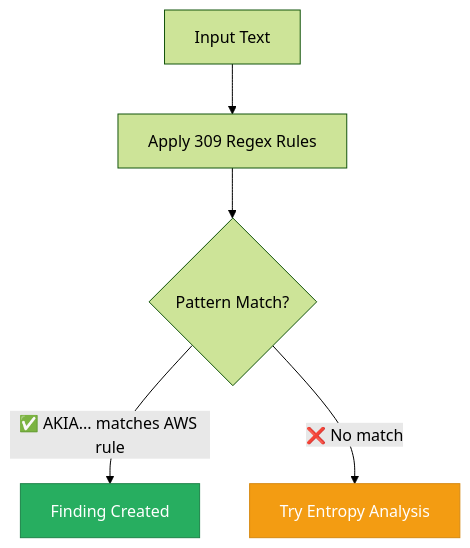
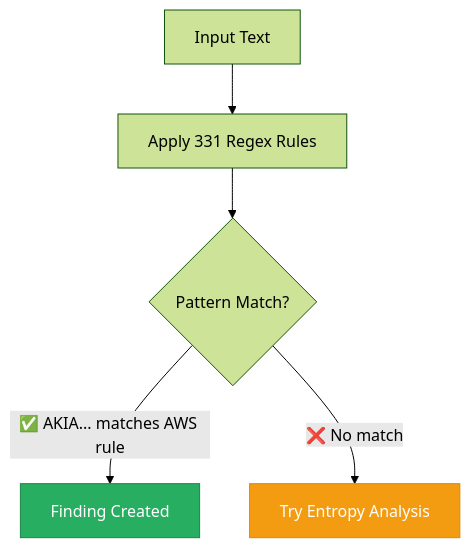
Before and after one commit to svemulapati/CredVigil: the fifth of 37 diagrams in docs/training/01-core-detection-engine.md, drawn with Mermaid (forest theme). The commit also changed other lines of this file and 5 other files, not shown here.

````diff
--- a/docs/training/01-core-detection-engine.md
+++ b/docs/training/01-core-detection-engine.md
@@ -303,9 +303,9 @@
 ```mermaid
 flowchart TD
-    A["Input Text"] --> B["Apply 309 Regex Rules"]
+    A["Input Text"] --> B["Apply 331 Regex Rules"]
     B --> C{"Pattern Match?"}
     C -->|"✅ AKIA... matches AWS rule"| D["Finding Created"]
     C -->|"❌ No match"| E["Try Entropy Analysis"]
     style D fill:#27AE60,stroke:#1E8449,color:#fff
     style E fill:#F39C12,stroke:#D68910,color:#fff
 ```
````
